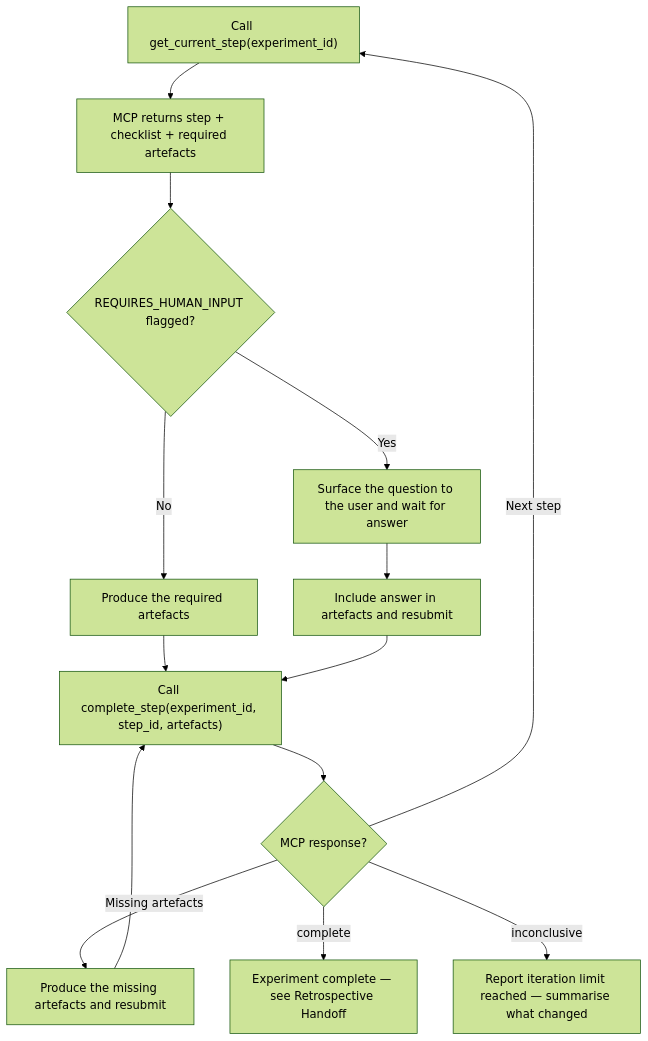
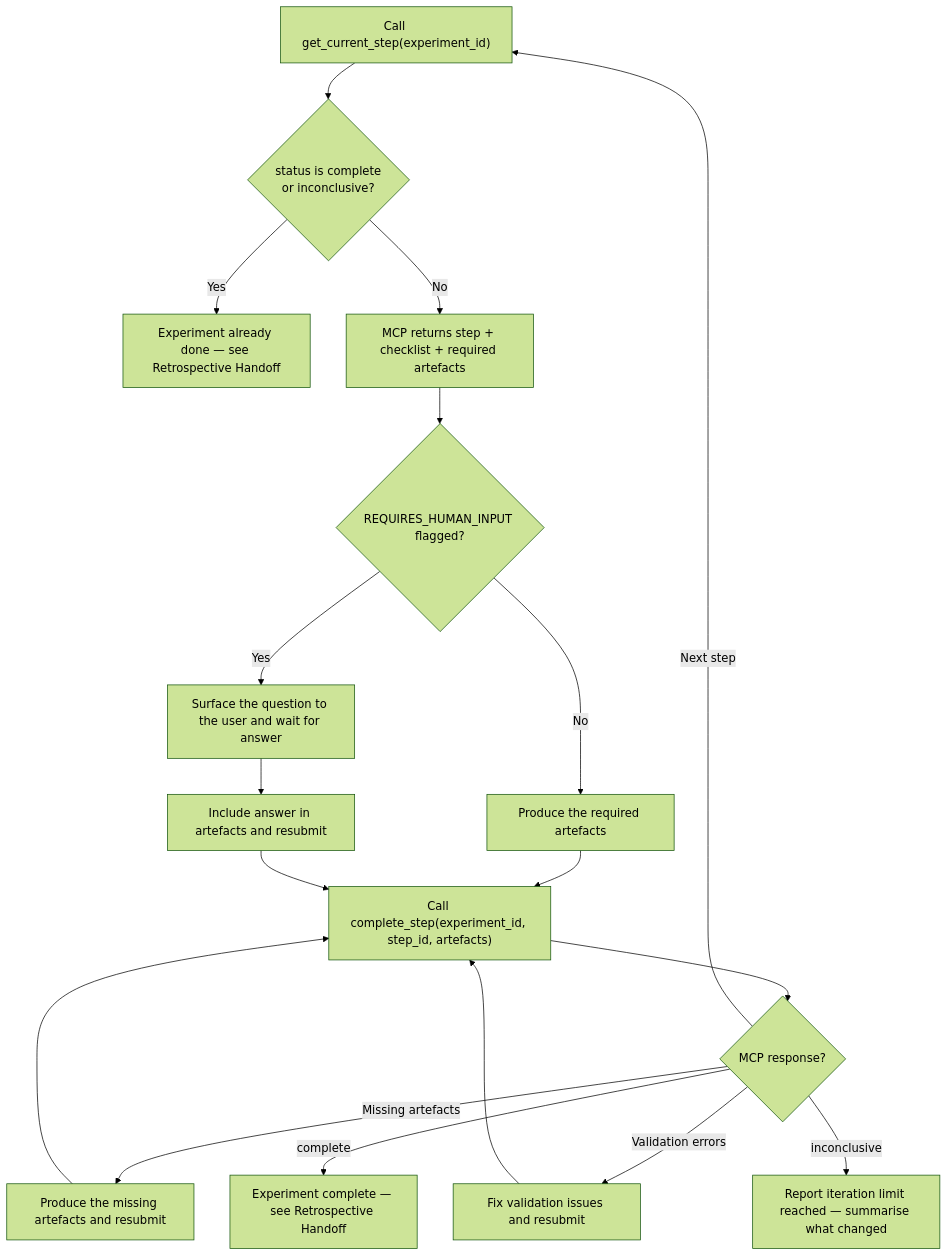
One commit to chgreer1070/claude_skills changed the second of 2 diagrams in plugins/scientific-method/skills/experiment-protocol/SKILL.md. Above: the diagram before and after it, drawn with Mermaid (forest theme). The commit also changed 20 other files, not shown here.

First line of the commit message:
feat(scientific-method): add content validation and enforcement to MCP server (fixes #431)

````diff
--- a/plugins/scientific-method/skills/experiment-protocol/SKILL.md
+++ b/plugins/scientific-method/skills/experiment-protocol/SKILL.md
@@ -49,16 +49,20 @@
 ```mermaid
 flowchart TD
-    GetStep["Call get_current_step(experiment_id)"] --> StepDetail[MCP returns step + checklist + required artefacts]
+    GetStep["Call get_current_step(experiment_id)"] --> TermCheck{status is complete<br>or inconclusive?}
+    TermCheck -->|Yes| Handoff[Experiment already done — see Retrospective Handoff]
+    TermCheck -->|No| StepDetail[MCP returns step + checklist + required artefacts]
     StepDetail --> Human{REQUIRES_HUMAN_INPUT flagged?}
     Human -->|Yes| Surface[Surface the question to the user and wait for answer]
     Surface --> Resubmit[Include answer in artefacts and resubmit]
     Human -->|No| Produce[Produce the required artefacts]
     Produce --> Complete["Call complete_step(experiment_id, step_id, artefacts)"]
     Resubmit --> Complete
     Complete --> MCPResult{MCP response?}
     MCPResult -->|Missing artefacts| Fix[Produce the missing artefacts and resubmit]
+    MCPResult -->|Validation errors| FixV[Fix validation issues and resubmit]
     Fix --> Complete
+    FixV --> Complete
     MCPResult -->|Next step| GetStep
-    MCPResult -->|complete| Handoff[Experiment complete — see Retrospective Handoff]
+    MCPResult -->|complete| HandoffC[Experiment complete — see Retrospective Handoff]
     MCPResult -->|inconclusive| Report[Report iteration limit reached — summarise what changed]
 ```
````
